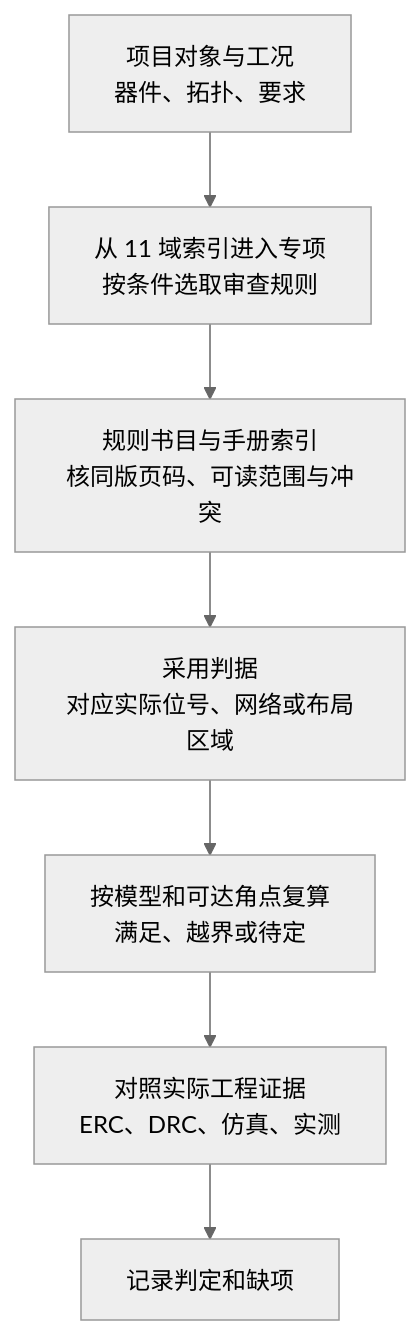
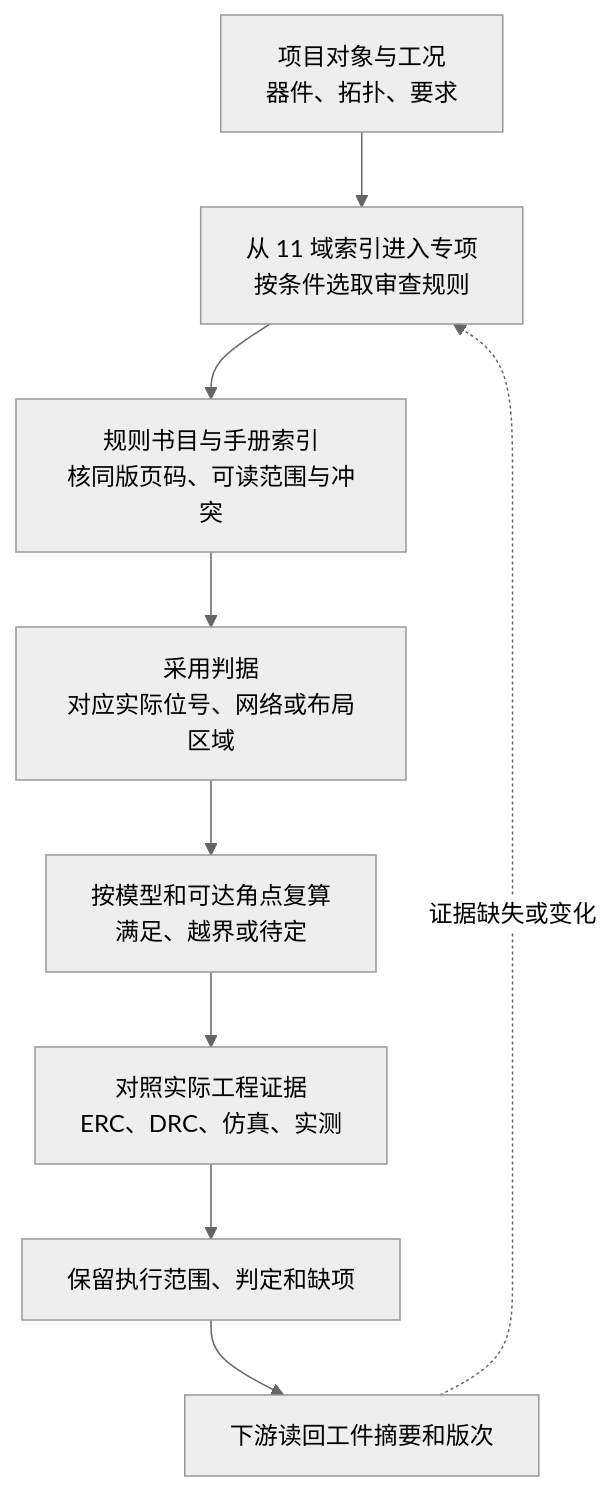
The third of 9 diagrams in docs/architecture-guide.md (zhr1008/hardware-design-skills), drawn with Mermaid (neutral theme) before and after one commit. The commit also changed other lines of this file and 29 other files, not shown here.

````diff
--- a/docs/architecture-guide.md
+++ b/docs/architecture-guide.md
@@ -44,9 +44,11 @@
 ```mermaid
 flowchart TD
   A["项目对象与工况<br/>器件、拓扑、要求"] --> B["从 11 域索引进入专项<br/>按条件选取审查规则"]
   B --> C["规则书目与手册索引<br/>核同版页码、可读范围与冲突"]
   C --> D["采用判据<br/>对应实际位号、网络或布局区域"]
   D --> K["按模型和可达角点复算<br/>满足、越界或待定"]
   K --> E["对照实际工程证据<br/>ERC、DRC、仿真、实测"]
-  E --> F["记录判定和缺项"]
+  E --> F["保留执行范围、判定和缺项"]
+  F --> G["下游读回工件摘要和版次"]
+  G -. "证据缺失或变化" .-> B
 ```
````
